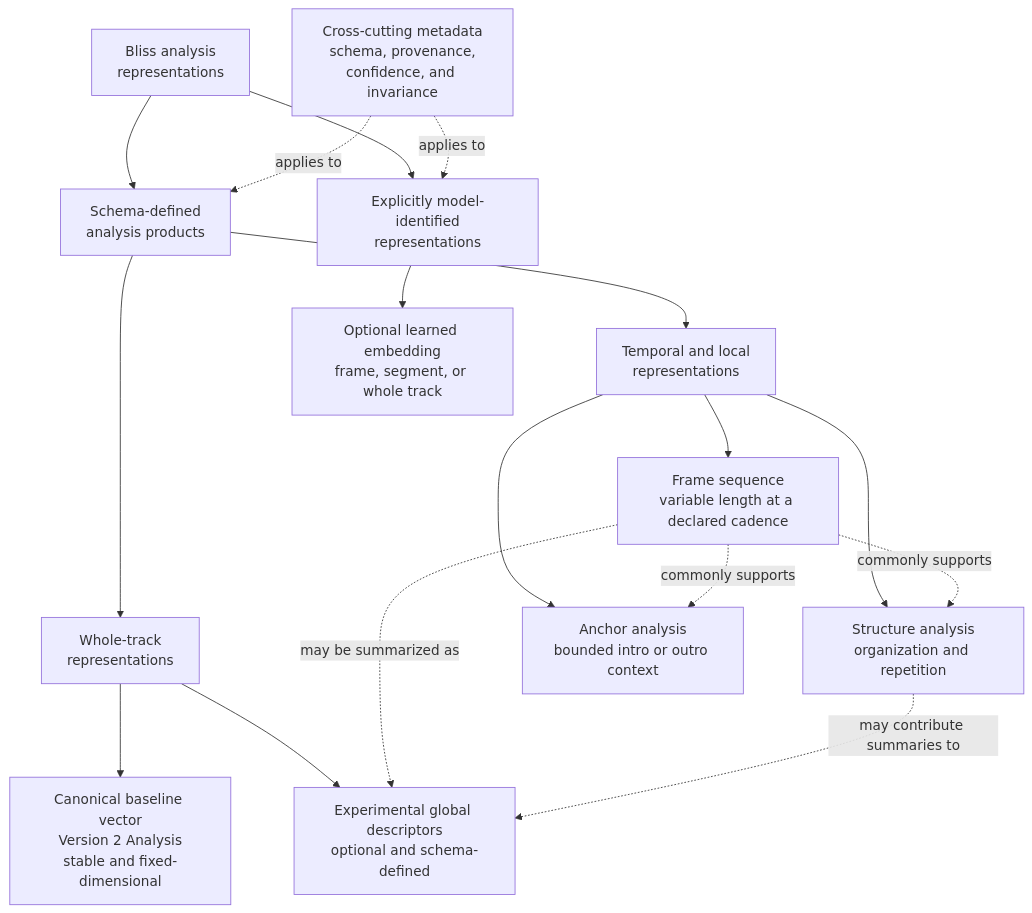
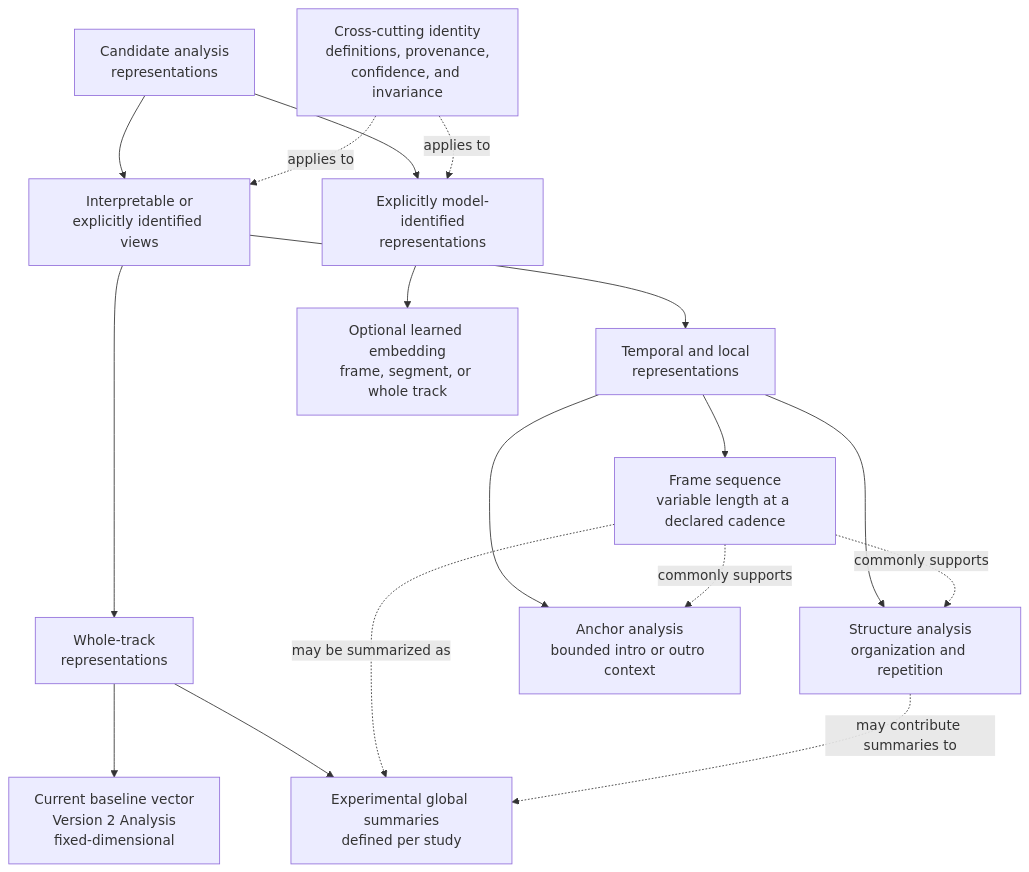
Before and after one commit to chrober/bliss-similarity-design: the diagram in docs/analysis/representations.md, drawn with Mermaid. The commit also changed other lines of this file and 20 other files, not shown here.

````diff
--- a/docs/analysis/representations.md
+++ b/docs/analysis/representations.md
@@ -16,28 +17,28 @@
 ```mermaid
 flowchart TB
-    REP[Bliss analysis<br/>representations]
+    REP[Candidate analysis<br/>representations]
 
-    REP --> SCHEMA[Schema-defined<br/>analysis products]
+    REP --> IDENTIFIED[Interpretable or<br/>explicitly identified views]
     REP --> MODEL[Explicitly model-identified<br/>representations]
 
-    SCHEMA --> GLOBAL[Whole-track<br/>representations]
-    SCHEMA --> TEMPORAL[Temporal and local<br/>representations]
+    IDENTIFIED --> GLOBAL[Whole-track<br/>representations]
+    IDENTIFIED --> TEMPORAL[Temporal and local<br/>representations]
 
-    GLOBAL --> BASE[Canonical baseline vector<br/>Version 2 Analysis<br/>stable and fixed-dimensional]
-    GLOBAL --> EXP[Experimental global descriptors<br/>optional and schema-defined]
+    GLOBAL --> BASE[Current baseline vector<br/>Version 2 Analysis<br/>fixed-dimensional]
+    GLOBAL --> EXP[Experimental global summaries<br/>defined per study]
 
     TEMPORAL --> FRAMES[Frame sequence<br/>variable length at a declared cadence]
     TEMPORAL --> STRUCT[Structure analysis<br/>organization and repetition]
     TEMPORAL --> ANCHOR[Anchor analysis<br/>bounded intro or outro context]
 
     MODEL --> EMBED[Optional learned embedding<br/>frame, segment, or whole track]
 
-    META[Cross-cutting metadata<br/>schema, provenance,<br/>confidence, and invariance]
-    META -. applies to .-> SCHEMA
+    META[Cross-cutting identity<br/>definitions, provenance,<br/>confidence, and invariance]
+    META -. applies to .-> IDENTIFIED
     META -. applies to .-> MODEL
 
     FRAMES -. commonly supports .-> STRUCT
     FRAMES -. commonly supports .-> ANCHOR
     FRAMES -. may be summarized as .-> EXP
     STRUCT -. may contribute summaries to .-> EXP
 ```
````
